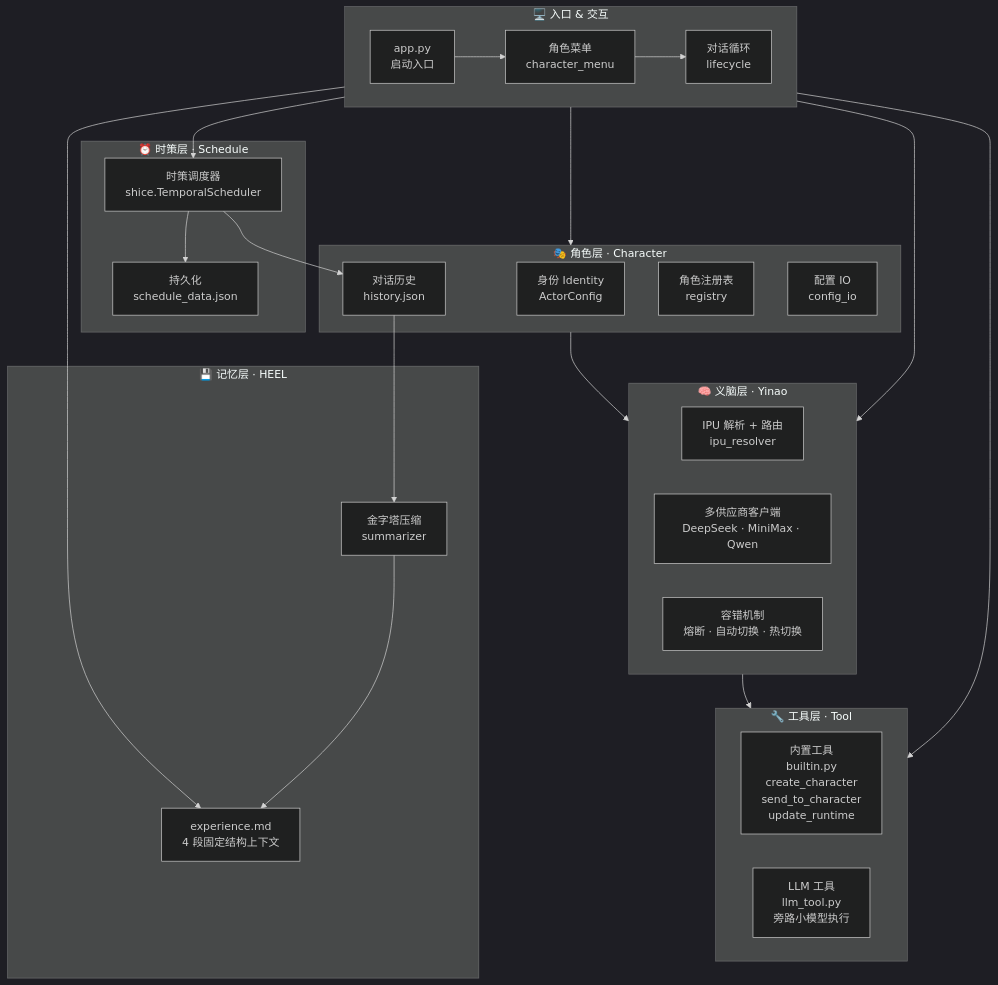
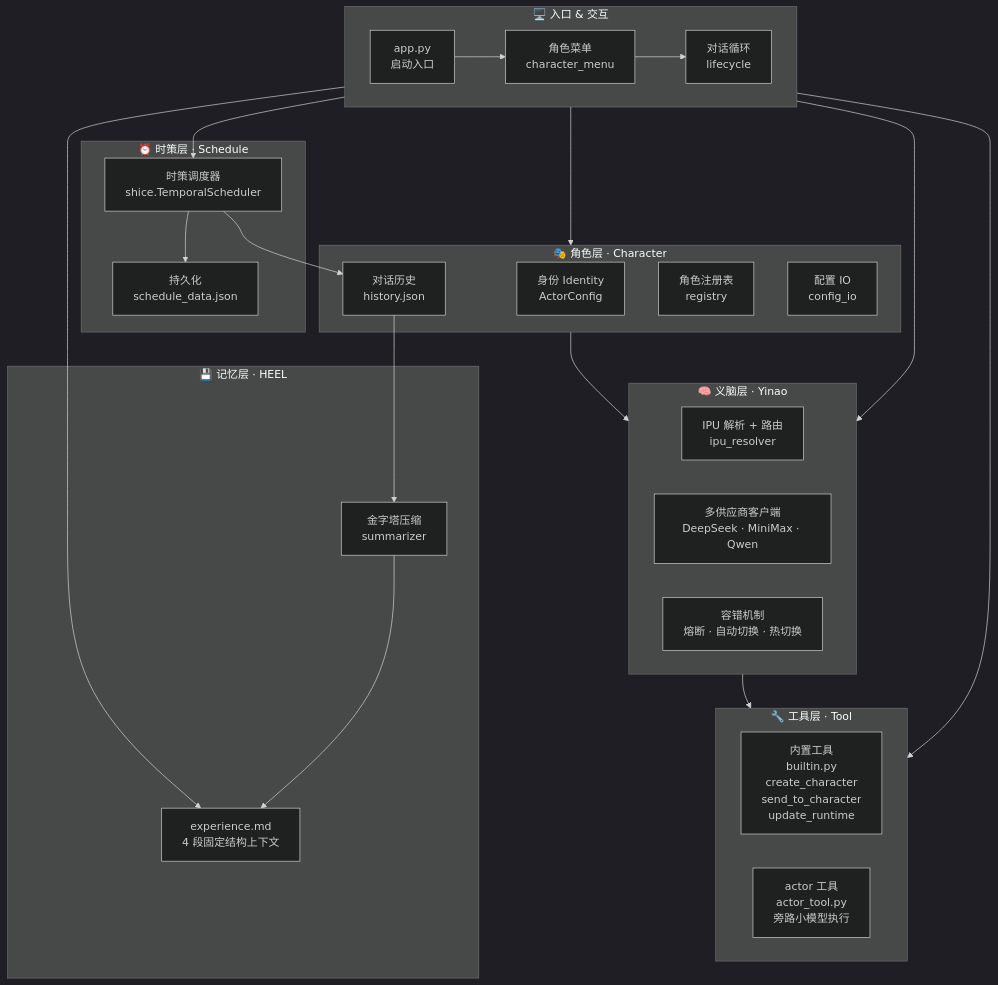
Before and after one commit to L-aaaaaaa/Jardias: the diagram in 项目介绍.md, drawn with Mermaid (dark theme). The commit also changed other lines of this file and 29 other files, not shown here.

Commit message:
移除未使用的依赖包，llm tool改名actor tool，项目单元测试

````diff
--- a/项目介绍.md
+++ b/项目介绍.md
@@ -97,50 +97,50 @@
 ```mermaid
 graph TB
     subgraph CLI["🖥️ 入口 & 交互"]
         direction LR
         APP["app.py<br/>启动入口"]
         MENU["角色菜单<br/>character_menu"]
         LOOP["对话循环<br/>lifecycle"]
     end
 
     subgraph CHARACTER["🎭 角色层 · Character"]
         ID["身份 Identity<br/>ActorConfig"]
         HIST["对话历史<br/>history.json"]
         REG["角色注册表<br/>registry"]
         CFG["配置 IO<br/>config_io"]
     end
 
     subgraph YINAO["🧠 义脑层 · Yinao"]
         RESOLVER["IPU 解析 + 路由<br/>ipu_resolver"]
         CLIENTS["多供应商客户端<br/>DeepSeek · MiniMax · Qwen"]
         FAULT["容错机制<br/>熔断 · 自动切换 · 热切换"]
     end
 
     subgraph TOOLS["🔧 工具层 · Tool"]
         BT["内置工具<br/>builtin.py<br/>create_character<br/>send_to_character<br/>update_runtime"]
-        LT["LLM 工具<br/>llm_tool.py<br/>旁路小模型执行"]
+        LT["actor 工具<br/>actor_tool.py<br/>旁路小模型执行"]
     end
 
     subgraph MEMORY["💾 记忆层 · HEEL"]
         EXP["experience.md<br/>4 段固定结构上下文"]
         COMP["金字塔压缩<br/>summarizer"]
     end
 
     subgraph SCHEDULE["⏰ 时策层 · Schedule"]
         SCHED["时策调度器<br/>shice.TemporalScheduler"]
         REPO["持久化<br/>schedule_data.json"]
     end
 
     APP --> MENU --> LOOP
     LOOP --> CHARACTER
     LOOP --> YINAO
     LOOP --> TOOLS
     LOOP --> EXP
     COMP --> EXP
     HIST --> COMP
     LOOP --> SCHED
     SCHED --> REPO
     SCHED --> HIST
     YINAO --> TOOLS
     CHARACTER --> YINAO
 ```
````
